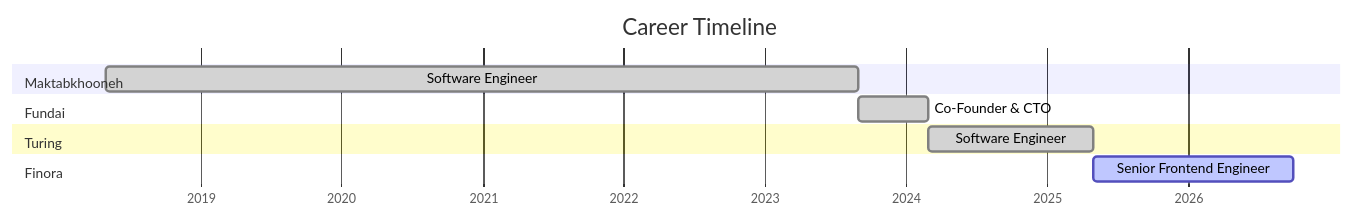
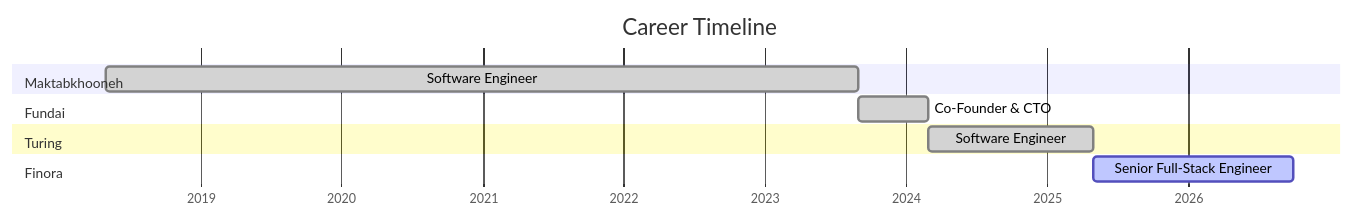
The diagram in README.md (rzfarhad73/rzfarhad73), drawn with Mermaid before and after one commit. The commit also changed other lines of this file, not shown here.

````diff
--- a/README.md
+++ b/README.md
@@ -85,14 +85,14 @@
 ```mermaid
 gantt
     title Career Timeline
     dateFormat YYYY-MM
     axisFormat %Y
     section Maktabkhooneh
     Software Engineer            :done, 2018-05, 2023-09
     section Fundai
     Co-Founder & CTO             :done, 2023-09, 2024-03
     section Turing
     Software Engineer            :done, 2024-03, 2025-05
     section Finora
-    Senior Frontend Engineer     :active, 2025-05, 2026-10
+    Senior Full-Stack Engineer   :active, 2025-05, 2026-10
 ```
````
